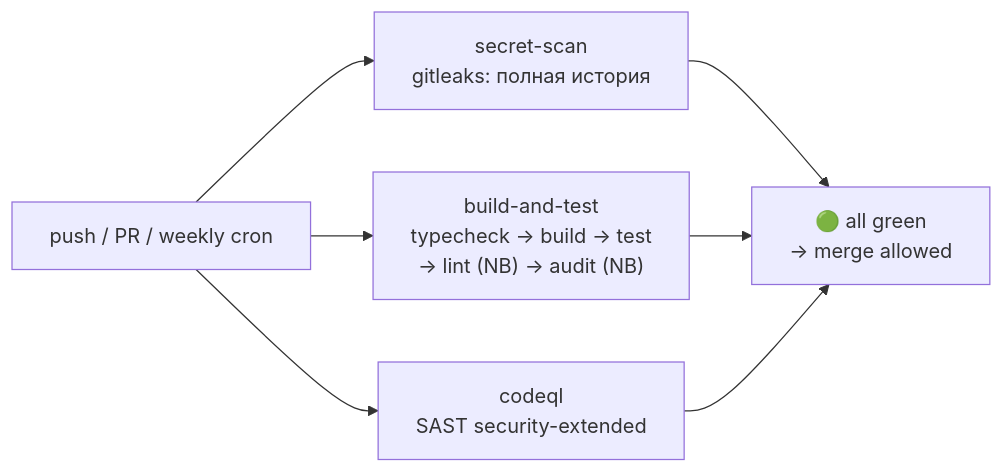
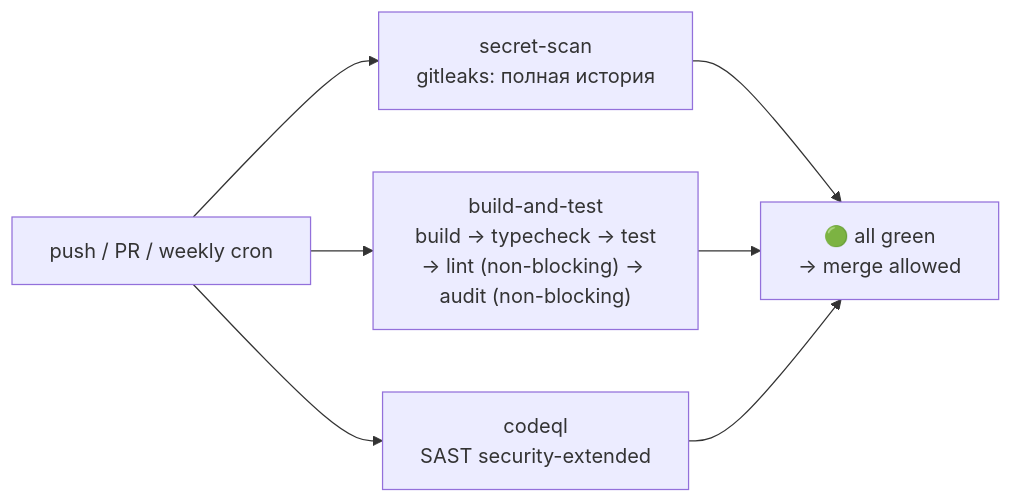
One commit to me2em-org/me2em-website changed the diagram in src/content/blog/ru/devsecops-crypto-monorepo.md. Above: the diagram before and after it, drawn with Mermaid. The commit also changed other lines of this file and 13 other files, not shown here.

````diff
--- a/src/content/blog/ru/devsecops-crypto-monorepo.md
+++ b/src/content/blog/ru/devsecops-crypto-monorepo.md
@@ -26,9 +26,9 @@
 ```mermaid
 flowchart LR
     PUSH["push / PR / weekly cron"] --> SS["secret-scan<br/>gitleaks: полная история"]
-    PUSH --> BAT["build-and-test<br/>typecheck → build → test<br/>→ lint (NB) → audit (NB)"]
+    PUSH --> BAT["build-and-test<br/>build → typecheck → test<br/>→ lint (non-blocking) → audit (non-blocking)"]
     PUSH --> CQL["codeql<br/>SAST security-extended"]
     SS --> GREEN["🟢 all green<br/>→ merge allowed"]
     BAT --> GREEN
     CQL --> GREEN
 ```
````
